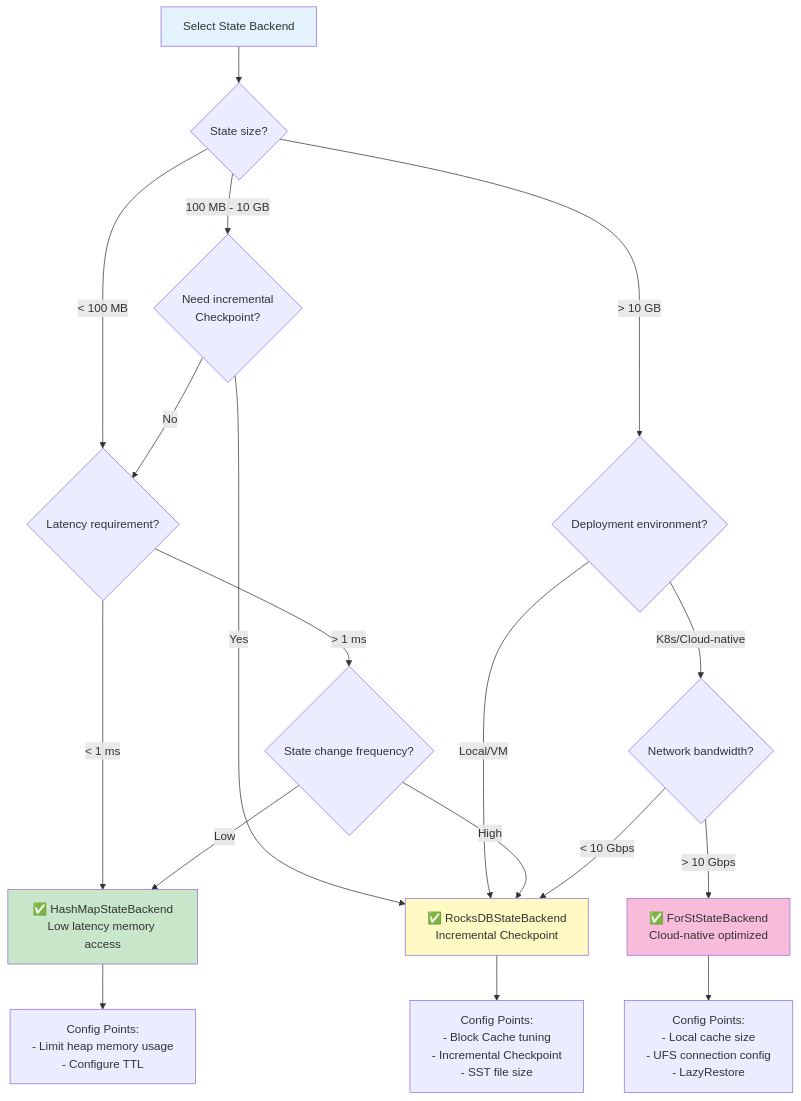
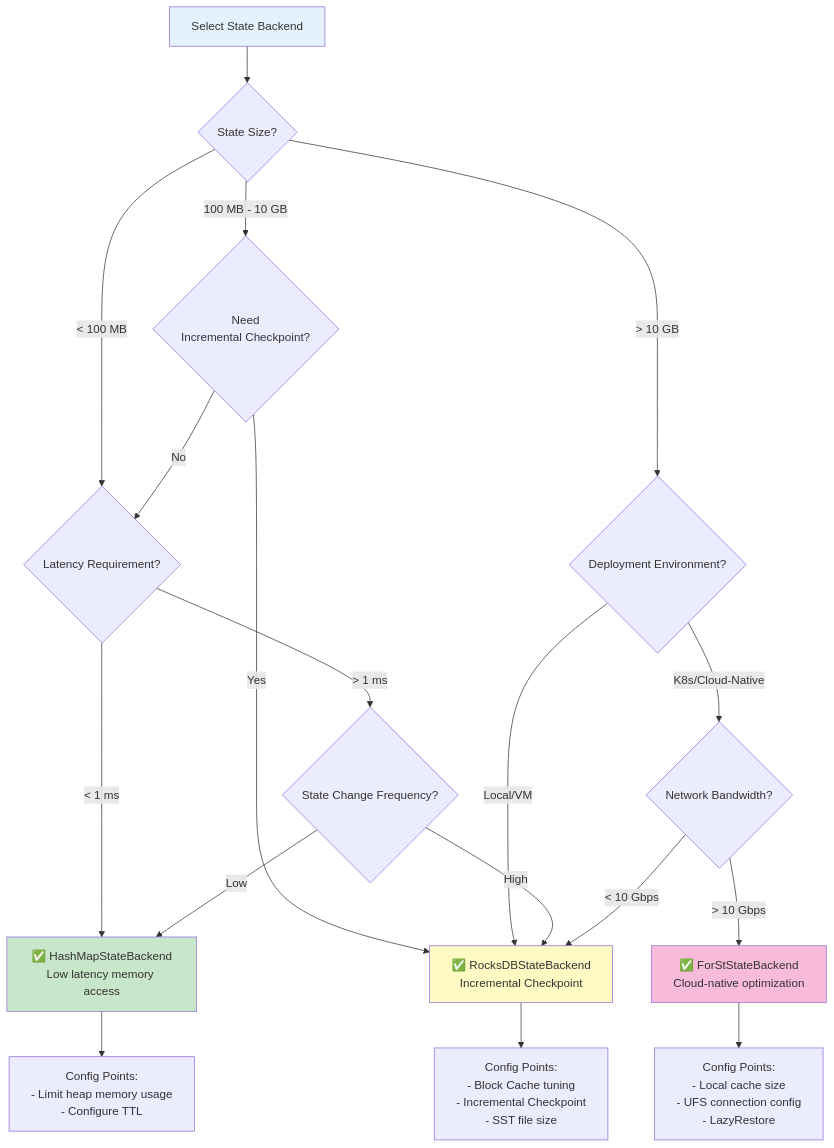
Before and after one commit to AdaMartin18010/AnalysisDataFlow: the fifth of 7 diagrams in i18n/en/Flink/02-core/state-backends-deep-comparison-en.md, drawn with Mermaid. The commit also changed other lines of this file and 36 other files, not shown here.

````diff
--- a/i18n/en/Flink/02-core/state-backends-deep-comparison-en.md
+++ b/i18n/en/Flink/02-core/state-backends-deep-comparison-en.md
@@ -932,32 +939,32 @@
 ```mermaid
 flowchart TD
-    A[Select State Backend] --> B{State size?}
+    A[Select State Backend] --> B{State Size?}
 
-    B -->|< 100 MB| C{Latency requirement?}
-    B -->|100 MB - 10 GB| D{Need incremental<br/>Checkpoint?}
-    B -->|> 10 GB| E{Deployment environment?}
+    B -->|< 100 MB| C{Latency Requirement?}
+    B -->|100 MB - 10 GB| D{Need<br/>Incremental Checkpoint?}
+    B -->|> 10 GB| E{Deployment Environment?}
 
     C -->|< 1 ms| F[✅ HashMapStateBackend<br/>Low latency memory access]
-    C -->|> 1 ms| G{State change frequency?}
+    C -->|> 1 ms| G{State Change Frequency?}
 
     D -->|Yes| H[✅ RocksDBStateBackend<br/>Incremental Checkpoint]
     D -->|No| C
 
     E -->|Local/VM| H
-    E -->|K8s/Cloud-native| I{Network bandwidth?}
+    E -->|K8s/Cloud-Native| I{Network Bandwidth?}
 
     G -->|High| H
     G -->|Low| F
 
-    I -->|> 10 Gbps| J[✅ ForStStateBackend<br/>Cloud-native optimized]
+    I -->|> 10 Gbps| J[✅ ForStStateBackend<br/>Cloud-native optimization]
     I -->|< 10 Gbps| H
 
     F --> K[Config Points:<br/>- Limit heap memory usage<br/>- Configure TTL]
     H --> L[Config Points:<br/>- Block Cache tuning<br/>- Incremental Checkpoint<br/>- SST file size]
     J --> M[Config Points:<br/>- Local cache size<br/>- UFS connection config<br/>- LazyRestore]
 
     style A fill:#e3f2fd
     style F fill:#c8e6c9
     style H fill:#fff9c4
     style J fill:#f8bbd9
 ```
````
